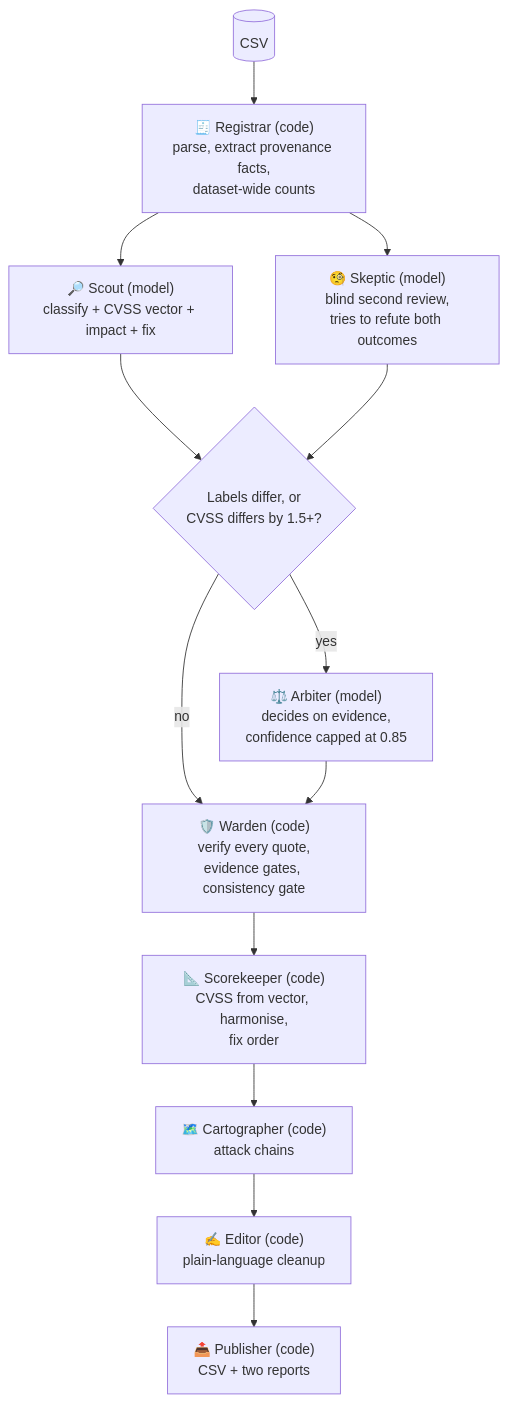
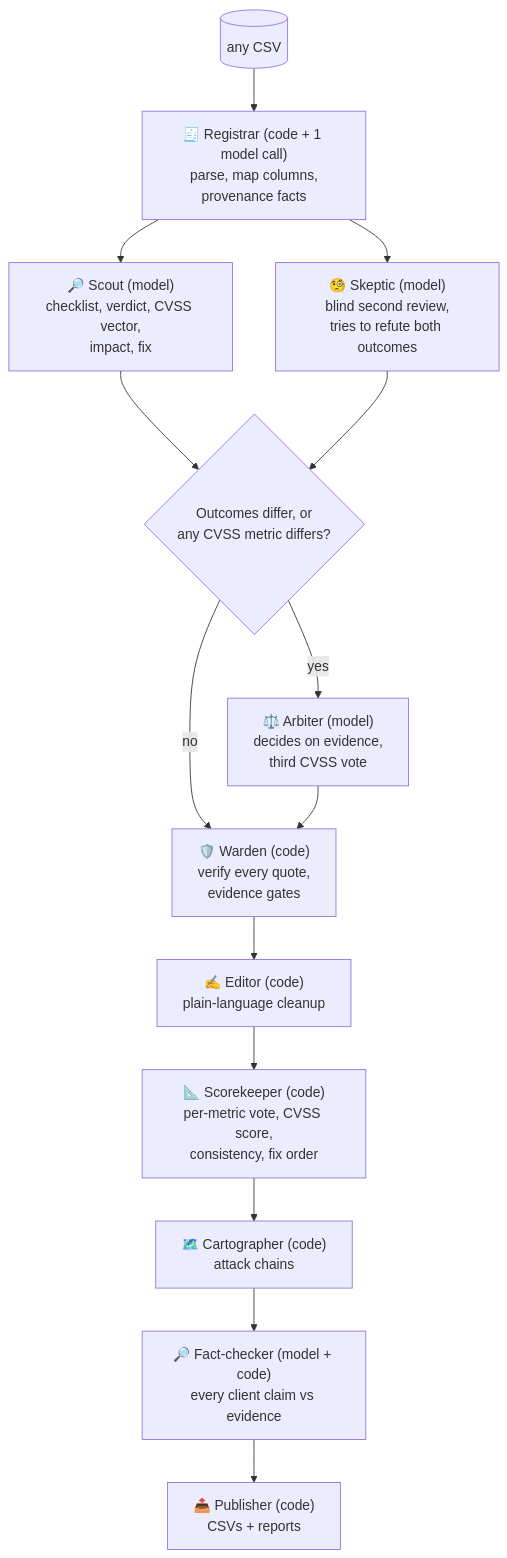
One commit to cylockholmes/Tr-AI-ger-tool changed the second of 3 diagrams in README.md. Above: the diagram before and after it, drawn with Mermaid. The commit also changed other lines of this file and 2 other files, not shown here.

````diff
--- a/README.md
+++ b/README.md
@@ -82,15 +127,16 @@
 ```mermaid
 flowchart TD
-    IN[("CSV")] --> REG["🧾 Registrar (code)<br/>parse, extract provenance facts,<br/>dataset-wide counts"]
-    REG --> SC["🔎 Scout (model)<br/>classify + CVSS vector + impact + fix"]
+    IN[("any CSV")] --> REG["🧾 Registrar (code + 1 model call)<br/>parse, map columns,<br/>provenance facts"]
+    REG --> SC["🔎 Scout (model)<br/>checklist, verdict, CVSS vector,<br/>impact, fix"]
     REG --> SK["🧐 Skeptic (model)<br/>blind second review,<br/>tries to refute both outcomes"]
-    SC --> D{"Labels differ, or<br/>CVSS differs by 1.5+?"}
+    SC --> D{"Outcomes differ, or<br/>any CVSS metric differs?"}
     SK --> D
-    D -- yes --> AR["⚖️ Arbiter (model)<br/>decides on evidence,<br/>confidence capped at 0.85"]
+    D -- yes --> AR["⚖️ Arbiter (model)<br/>decides on evidence,<br/>third CVSS vote"]
     D -- no --> W
-    AR --> W["🛡️ Warden (code)<br/>verify every quote,<br/>evidence gates, consistency gate"]
-    W --> SCORE["📐 Scorekeeper (code)<br/>CVSS from vector, harmonise,<br/>fix order"]
+    AR --> W["🛡️ Warden (code)<br/>verify every quote,<br/>evidence gates"]
+    W --> ED["✍️ Editor (code)<br/>plain-language cleanup"]
+    ED --> SCORE["📐 Scorekeeper (code)<br/>per-metric vote, CVSS score,<br/>consistency, fix order"]
     SCORE --> CART["🗺️ Cartographer (code)<br/>attack chains"]
-    CART --> ED["✍️ Editor (code)<br/>plain-language cleanup"]
-    ED --> PUB["📤 Publisher (code)<br/>CSV + two reports"]
+    CART --> FC["🔎 Fact-checker (model + code)<br/>every client claim vs evidence"]
+    FC --> PUB["📤 Publisher (code)<br/>CSVs + reports"]
 ```
````
